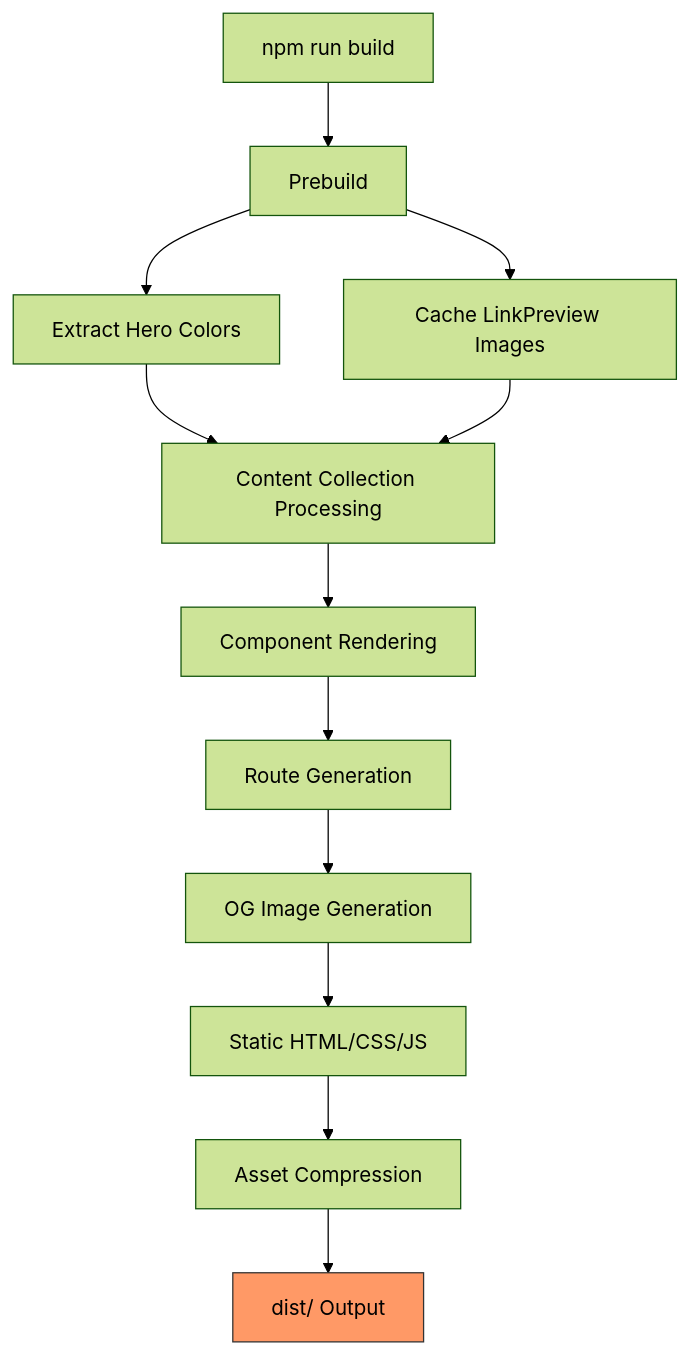
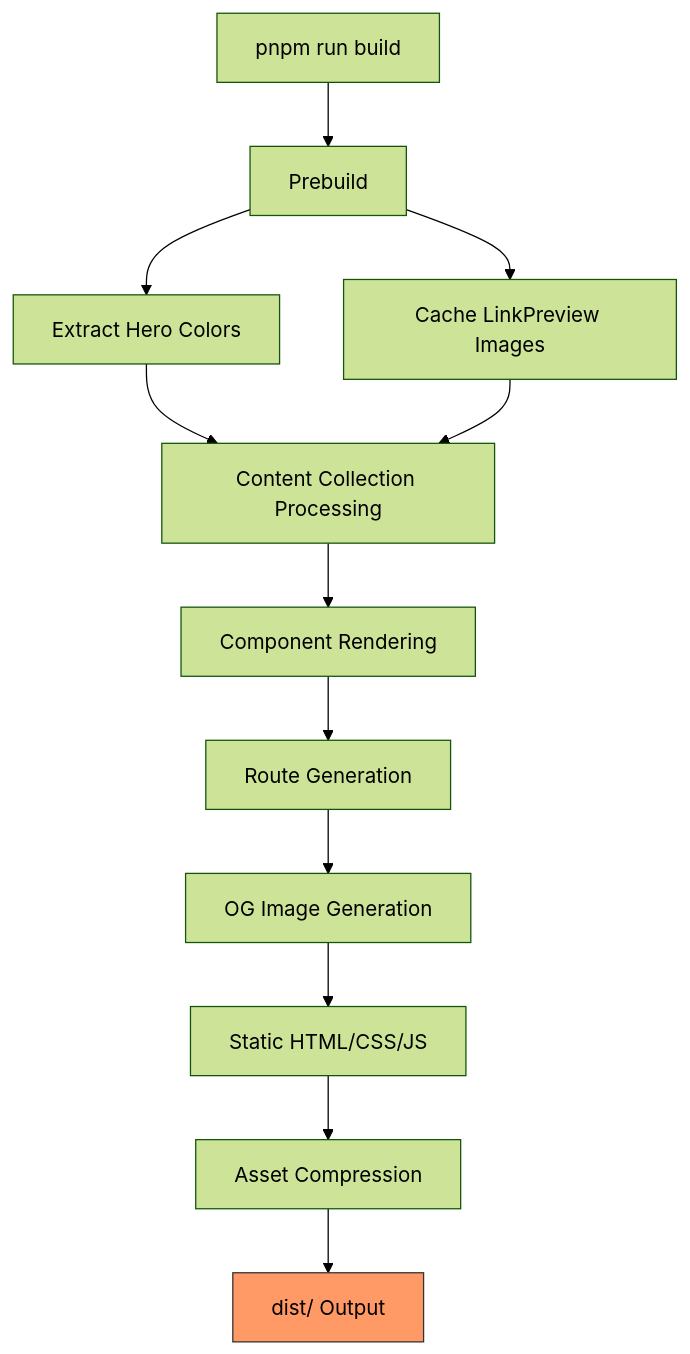
One commit to russmckendrick/blog changed the seventh of 12 diagrams in docs/architecture/overview.md. Above: the diagram before and after it, drawn with Mermaid (forest theme). The commit also changed other lines of this file and 10 other files, not shown here.

Commit message:
✨ Update documentation to include new scripts reference and enhance guides for improved clarity. Replace npm commands with pnpm for consistency across all documentation. Add new commands for link auditing and color extraction.

````diff
--- a/docs/architecture/overview.md
+++ b/docs/architecture/overview.md
@@ -251,16 +251,16 @@
 ```mermaid
 graph TD
-    A[npm run build] --> B[Prebuild]
+    A[pnpm run build] --> B[Prebuild]
     B --> B1[Extract Hero Colors]
     B --> B2[Cache LinkPreview Images]
     B1 --> C[Content Collection Processing]
     B2 --> C
     C --> D[Component Rendering]
     D --> E[Route Generation]
     E --> F[OG Image Generation]
     F --> G[Static HTML/CSS/JS]
     G --> H[Asset Compression]
     H --> I[dist/ Output]
 
     style I fill:#f96,stroke:#333
 ```
````
